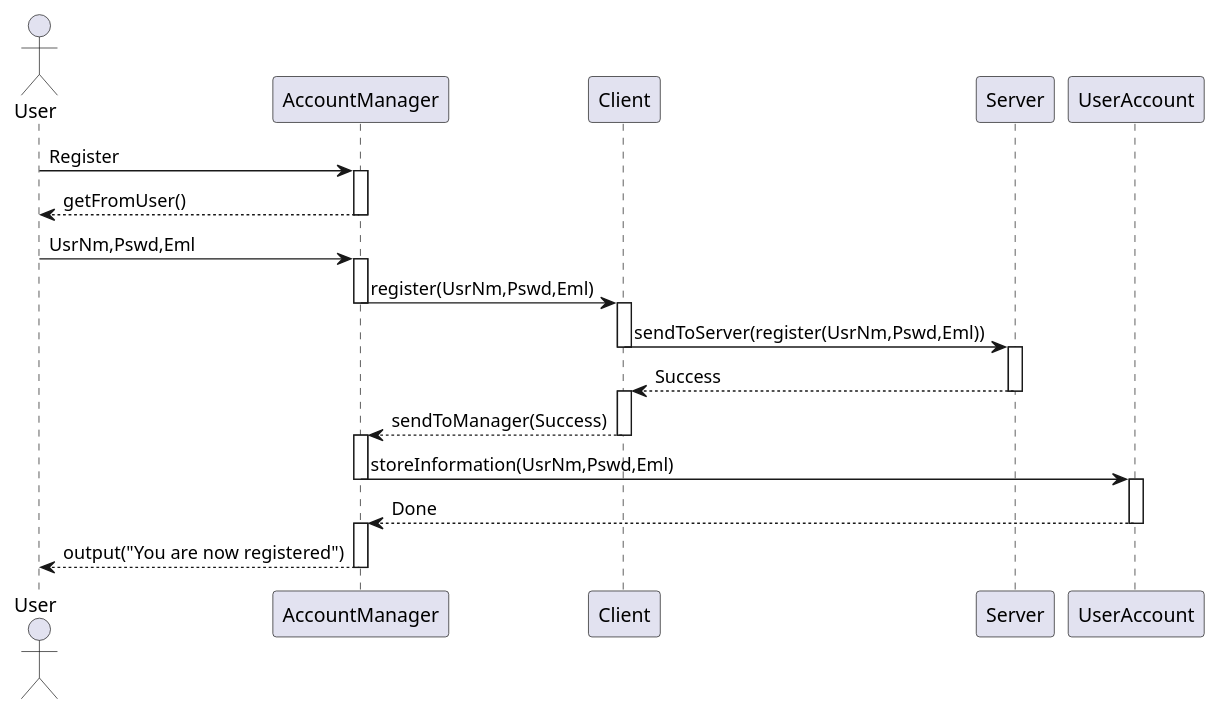
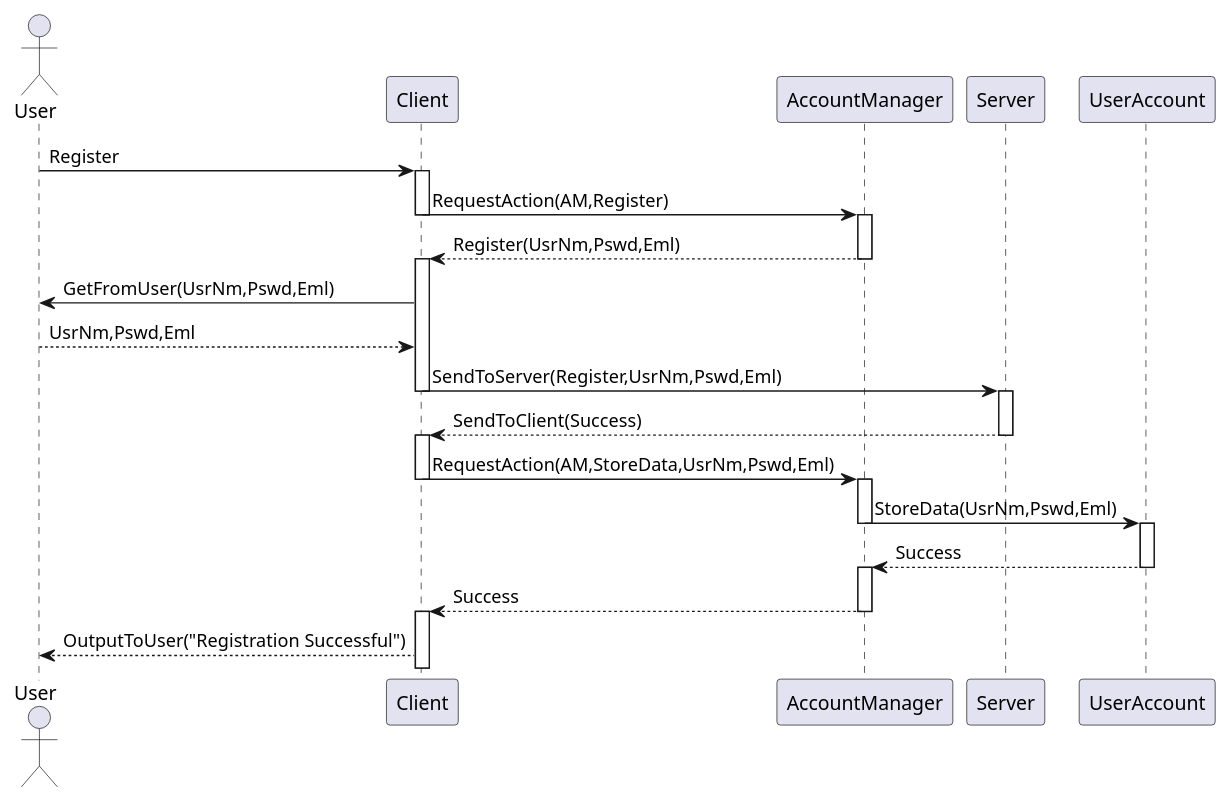
One commit to voxelv/sQuire_kw changed the diagram in Sequence Diagrams/User Accounts/RegisterMethod.puml. Above: the diagram before and after it, drawn with PlantUML. The commit also changed 3 other files, not shown here.

```diff
--- a/Sequence Diagrams/User Accounts/RegisterMethod.puml
+++ b/Sequence Diagrams/User Accounts/RegisterMethod.puml
@@ -1,31 +1,33 @@
 @startuml
 
 Actor User
-User -> AccountManager : Register
+User -> Client : Register
+activate Client
+Client -> AccountManager : RequestAction(AM,Register)
+deactivate Client
 activate AccountManager
-AccountManager --> User : getFromUser()
-deactivate AccountManager
-User -> AccountManager : UsrNm,Pswd,Eml
-activate AccountManager
-AccountManager -> Client : register(UsrNm,Pswd,Eml)
+AccountManager --> Client : Register(UsrNm,Pswd,Eml)
 deactivate AccountManager
 activate Client
-Client -> Server : sendToServer(register(UsrNm,Pswd,Eml))
+Client -> User : GetFromUser(UsrNm,Pswd,Eml)
+User --> Client : UsrNm,Pswd,Eml
+Client -> Server : SendToServer(Register,UsrNm,Pswd,Eml)
 deactivate Client
 activate Server
-Server --> Client : Success
+Server --> Client : SendToClient(Success)
 deactivate Server
 activate Client
-Client --> AccountManager : sendToManager(Success)
+Client -> AccountManager : RequestAction(AM,StoreData,UsrNm,Pswd,Eml)
 deactivate Client
 activate AccountManager
-AccountManager -> UserAccount : storeInformation(UsrNm,Pswd,Eml)
+AccountManager -> UserAccount : StoreData(UsrNm,Pswd,Eml)
 deactivate AccountManager
 activate UserAccount
-UserAccount --> AccountManager : Done
+UserAccount --> AccountManager : Success
 deactivate UserAccount
 activate AccountManager
-AccountManager --> User : output("You are now registered")
+AccountManager --> Client : Success
 deactivate AccountManager
-
+activate Client
+Client --> User : OutputToUser("Registration Successful")
 @enduml
```
